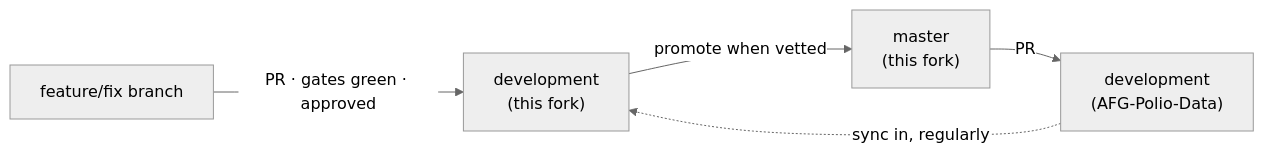
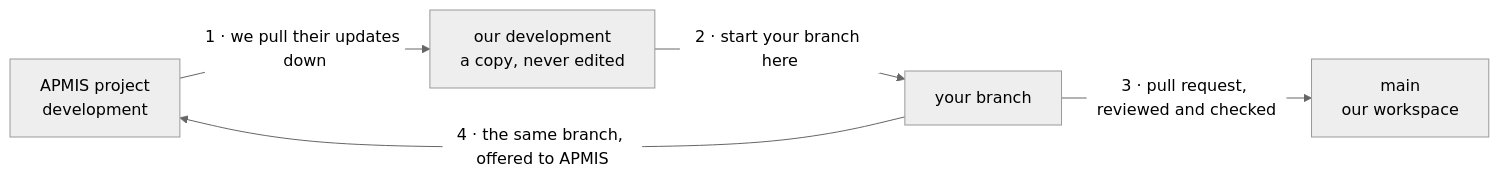
The diagram in README.md (Iyanuu/APMIS-Project), drawn with Mermaid (neutral theme) before and after one commit. The commit also changed other lines of this file, not shown here.

````diff
--- a/README.md
+++ b/README.md
@@ -11,7 +24,12 @@
 ```mermaid
 flowchart LR
-    A["feature/fix branch"] -->|"PR · gates green · approved"| B["development<br/>(this fork)"]
-    B -->|"promote when vetted"| C["master<br/>(this fork)"]
-    C -->|"PR"| D["development<br/>(AFG-Polio-Data)"]
-    D -.->|"sync in, regularly"| B
+    U["APMIS project<br/>development"]
+    D["our development<br/>a copy, never edited"]
+    F["your branch"]
+    M["main<br/>our workspace"]
+
+    U -->|"1 · we pull their updates down"| D
+    D -->|"2 · start your branch here"| F
+    F -->|"3 · pull request, reviewed and checked"| M
+    F -->|"4 · the same branch, offered to APMIS"| U
 ```
````
